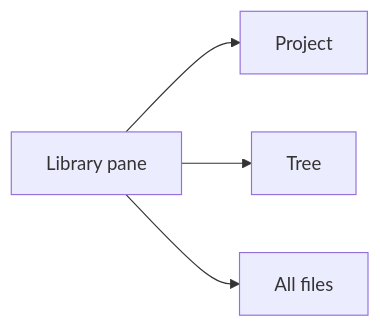
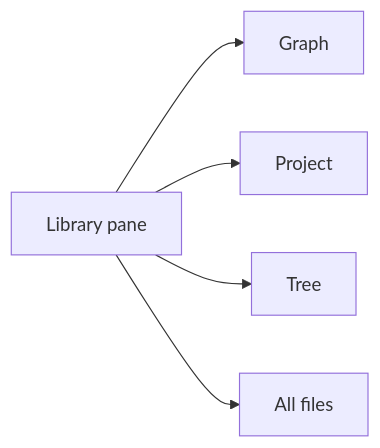
One commit to ryanallen/leaftext changed the first of 2 diagrams in docs/01-features/03-library.md. Above: the diagram before and after it, drawn with Mermaid. The commit also changed other lines of this file and 19 other files, not shown here.

Commit message:
Add library graph view: default view, configurable size, tab focus, search scope

````diff
--- a/docs/01-features/03-library.md
+++ b/docs/01-features/03-library.md
@@ -19,6 +22,7 @@
 ```mermaid
 flowchart LR
-    A[Library pane] --> B[Project]
+    A[Library pane] --> G[Graph]
+    A --> B[Project]
     A --> C[Tree]
     A --> D[All files]
 ```
````
